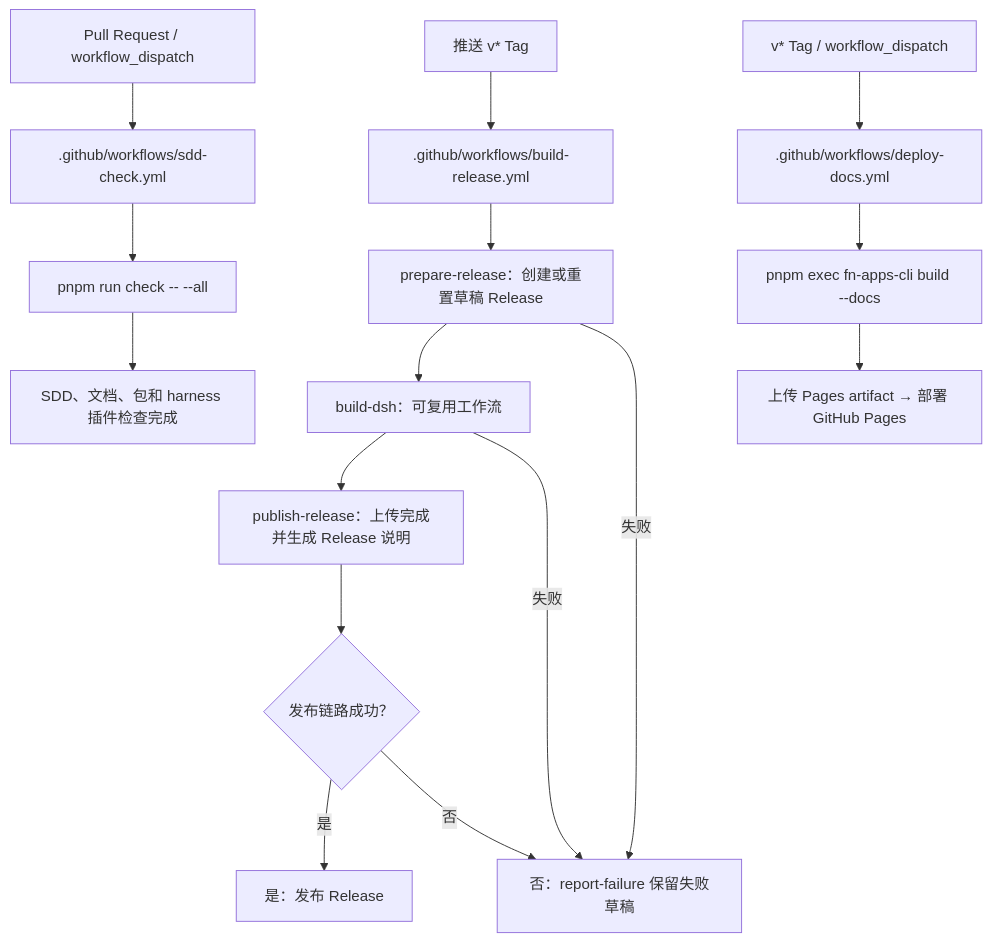
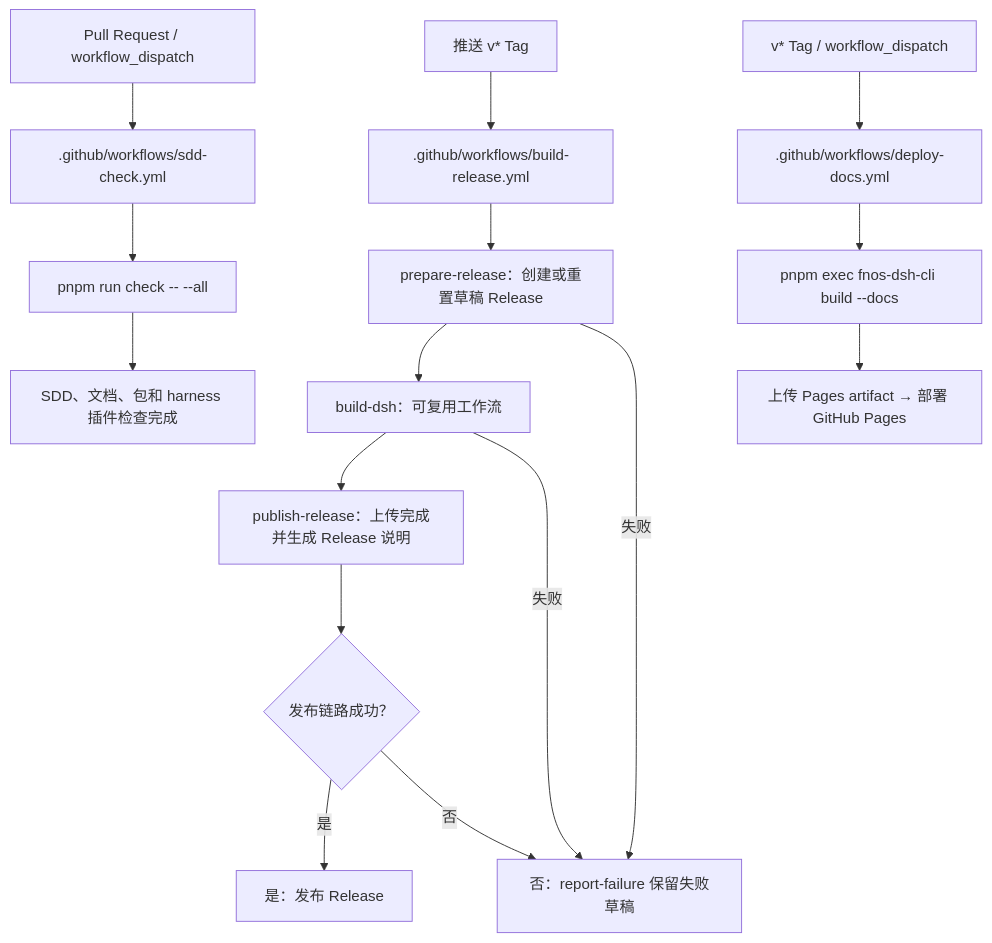
One commit to FNOSP/fnos-dsh changed the first of 4 diagrams in docs/development/github-workflows.md. Above: the diagram before and after it, drawn with Mermaid. The commit also changed other lines of this file and 50 other files, not shown here.

````diff
--- a/docs/development/github-workflows.md
+++ b/docs/development/github-workflows.md
@@ -13,34 +13,34 @@
 ```mermaid
 flowchart TD
   tag["推送 v* Tag"]
   releaseWorkflow[".github/workflows/build-release.yml"]
   prepare["prepare-release：创建或重置草稿 Release"]
   dsh["build-dsh：可复用工作流"]
   publish["publish-release：上传完成并生成 Release 说明"]
   releaseStatus{"发布链路成功？"}
   releaseDone["是：发布 Release"]
   releaseFailure["否：report-failure 保留失败草稿"]
 
   tag --> releaseWorkflow --> prepare
   prepare --> dsh
   dsh --> publish
   publish --> releaseStatus
   releaseStatus -->|是| releaseDone
   releaseStatus -->|否| releaseFailure
   prepare -->|失败| releaseFailure
   dsh -->|失败| releaseFailure
 
   qualityTrigger["Pull Request / workflow_dispatch"]
   sddWorkflow[".github/workflows/sdd-check.yml"]
   sddRun["pnpm run check -- --all"]
   sddDone["SDD、文档、包和 harness 插件检查完成"]
 
   qualityTrigger --> sddWorkflow --> sddRun --> sddDone
 
   docsTrigger["v* Tag / workflow_dispatch"]
   docsWorkflow[".github/workflows/deploy-docs.yml"]
-  docsRun["pnpm exec fn-apps-cli build --docs"]
+  docsRun["pnpm exec fnos-dsh-cli build --docs"]
   pages["上传 Pages artifact → 部署 GitHub Pages"]
 
   docsTrigger --> docsWorkflow --> docsRun --> pages
 ```
````
